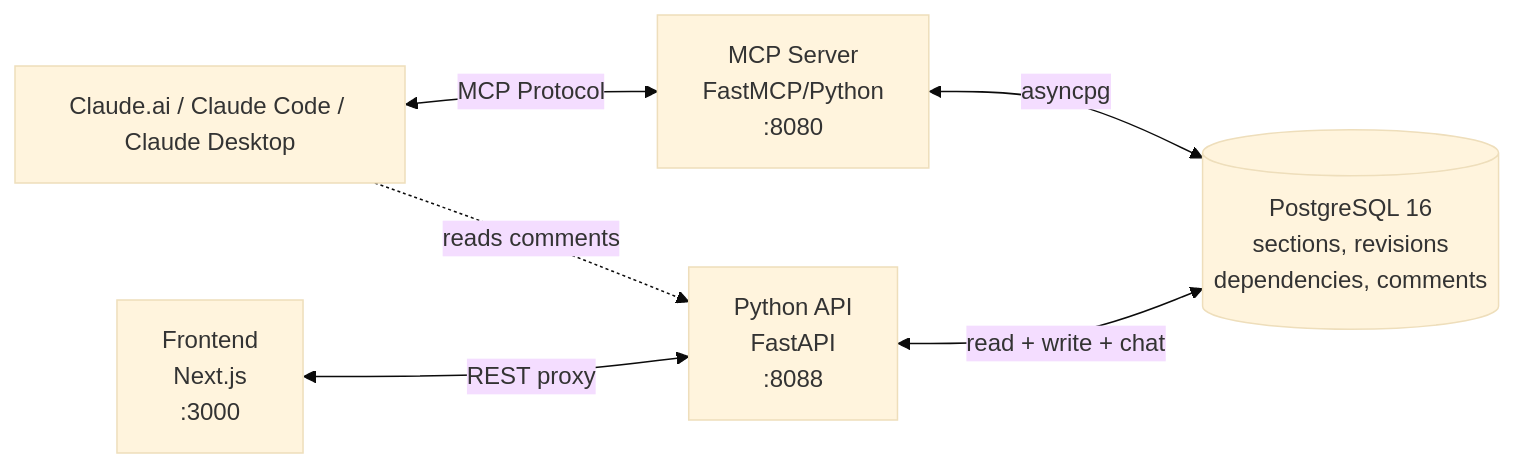
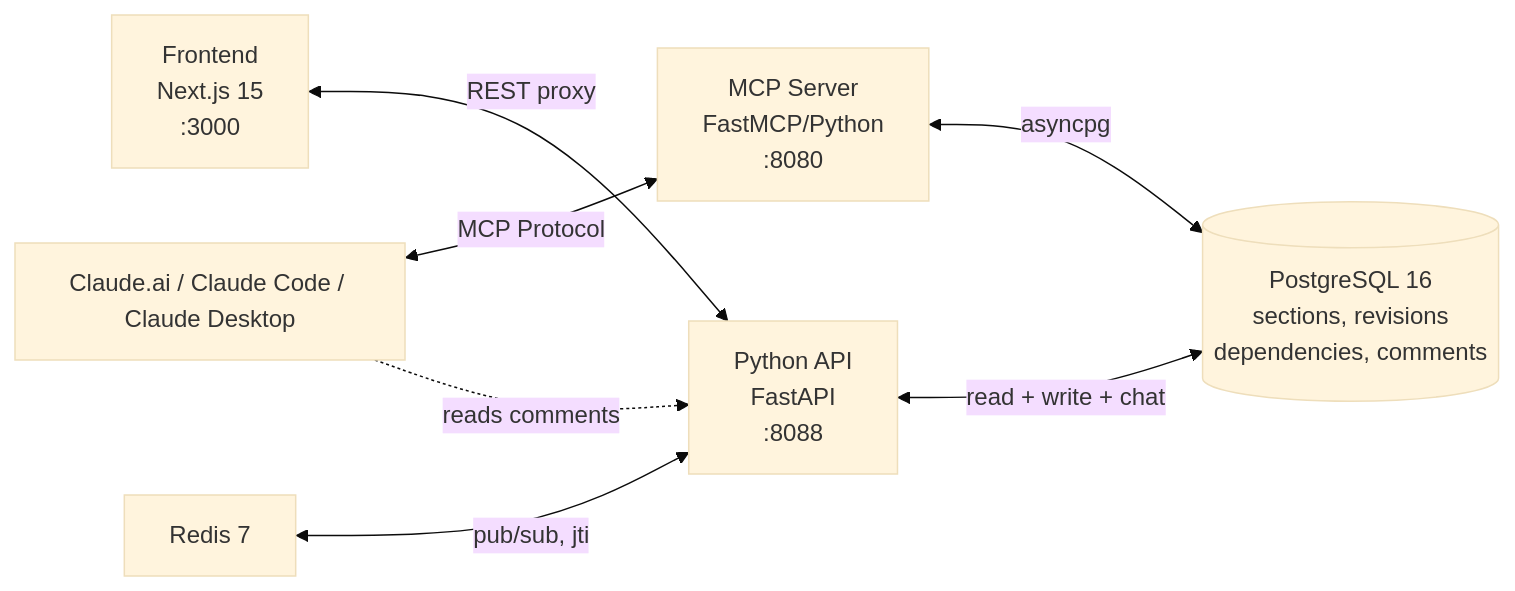
Before and after one commit to TomMaSS/PRDforge: the diagram in README.md, drawn with Mermaid (base theme). The commit also changed other lines of this file and 15 other files, not shown here.

````diff
--- a/README.md
+++ b/README.md
@@ -37,8 +40,9 @@
 ```mermaid
 graph LR
     A[Claude.ai / Claude Code / Claude Desktop] <-->|MCP Protocol| B[MCP Server<br/>FastMCP/Python<br/>:8080]
     B <-->|asyncpg| C[(PostgreSQL 16<br/>sections, revisions<br/>dependencies, comments)]
     D[Python API<br/>FastAPI<br/>:8088] <-->|read + write + chat| C
-    E[Frontend<br/>Next.js<br/>:3000] <-->|REST proxy| D
+    E[Frontend<br/>Next.js 15<br/>:3000] <-->|REST proxy| D
+    F[Redis 7] <-->|pub/sub, jti| D
     A -.->|reads comments| D
 ```
````
